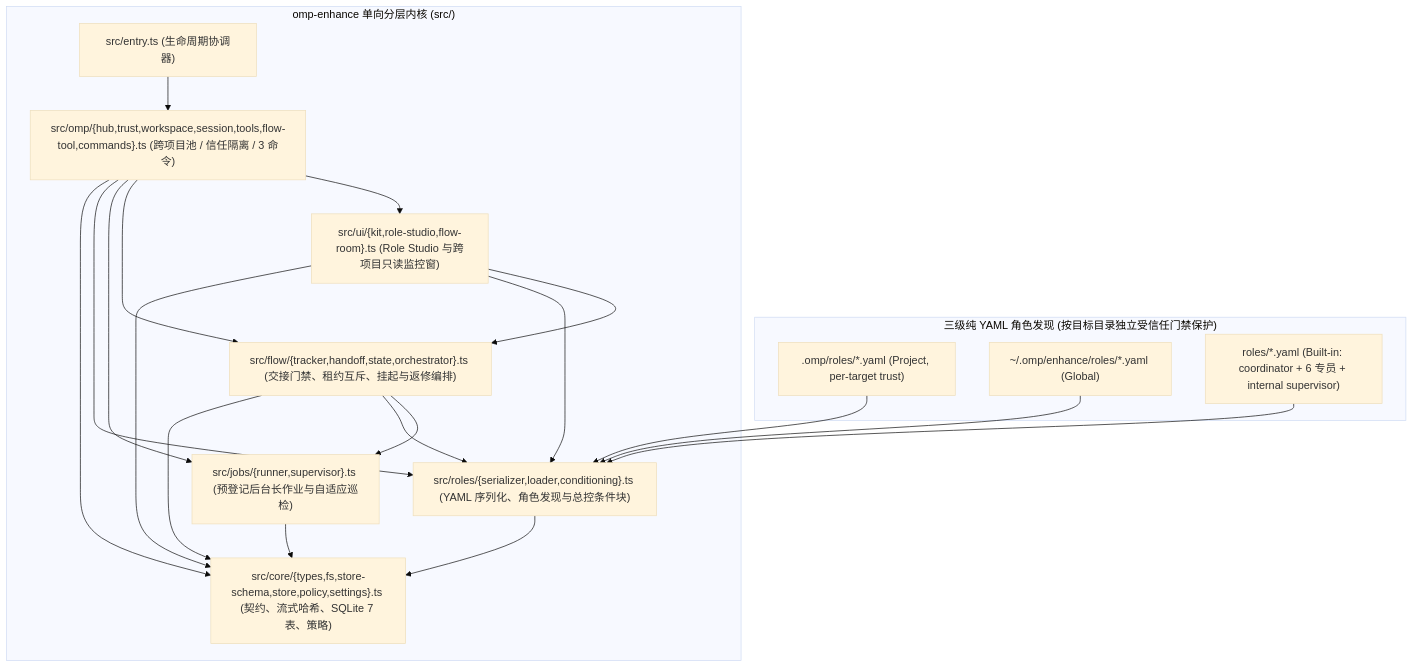
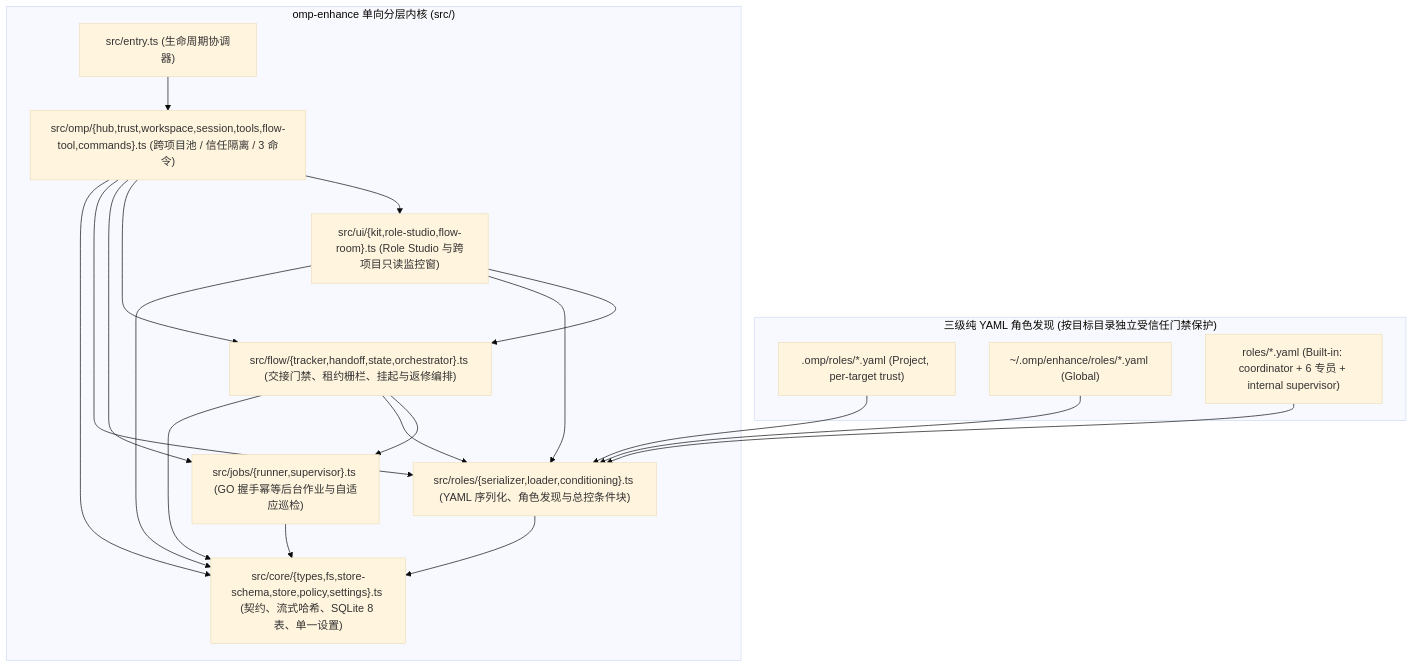
Before and after one commit to HugeKangroo/omp-enhance: the diagram in docs/architecture.md, drawn with Mermaid (base theme). The commit also changed other lines of this file and 39 other files, not shown here.

First line of the commit message:
fix(reliability): add append-only flow_steers, job spawn handshake, verifiable evidence, and CI pilot

````diff
--- a/docs/architecture.md
+++ b/docs/architecture.md
@@ -26,36 +26,36 @@
 ```mermaid
 flowchart TB
     subgraph Discovery["三级纯 YAML 角色发现 (按目标目录独立受信任门禁保护)"]
         P[".omp/roles/*.yaml (Project, per-target trust)"]
         G["~/.omp/enhance/roles/*.yaml (Global)"]
         B["roles/*.yaml (Built-in: coordinator + 6 专员 + internal supervisor)"]
     end
 
     subgraph Layers["omp-enhance 单向分层内核 (src/)"]
         Entry["src/entry.ts (生命周期协调器)"]
         OMP["src/omp/{hub,trust,workspace,session,tools,flow-tool,commands}.ts (跨项目池 / 信任隔离 / 3 命令)"]
         UI["src/ui/{kit,role-studio,flow-room}.ts (Role Studio 与跨项目只读监控窗)"]
-        Flow["src/flow/{tracker,handoff,state,orchestrator}.ts (交接门禁、租约互斥、挂起与返修编排)"]
-        Jobs["src/jobs/{runner,supervisor}.ts (预登记后台长作业与自适应巡检)"]
+        Flow["src/flow/{tracker,handoff,state,orchestrator}.ts (交接门禁、租约栅栏、挂起与返修编排)"]
+        Jobs["src/jobs/{runner,supervisor}.ts (GO 握手幂等后台作业与自适应巡检)"]
         Roles["src/roles/{serializer,loader,conditioning}.ts (YAML 序列化、角色发现与总控条件块)"]
-        Core["src/core/{types,fs,store-schema,store,policy,settings}.ts (契约、流式哈希、SQLite 7 表、策略)"]
+        Core["src/core/{types,fs,store-schema,store,policy,settings}.ts (契约、流式哈希、SQLite 8 表、单一设置)"]
     end
 
     P --> Roles
     G --> Roles
     B --> Roles
     Entry --> OMP
     OMP --> UI
     OMP --> Flow
     OMP --> Jobs
     OMP --> Roles
     OMP --> Core
     UI --> Flow
     UI --> Roles
     UI --> Core
     Flow --> Jobs
     Flow --> Roles
     Flow --> Core
     Jobs --> Core
     Roles --> Core
 ```
````
